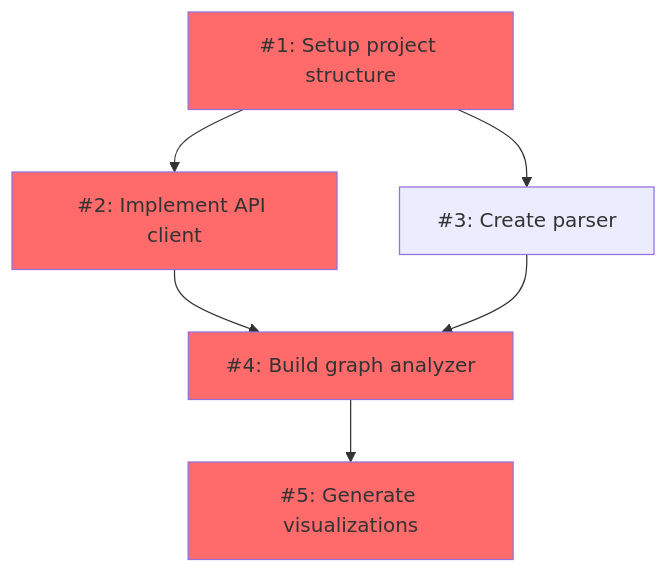
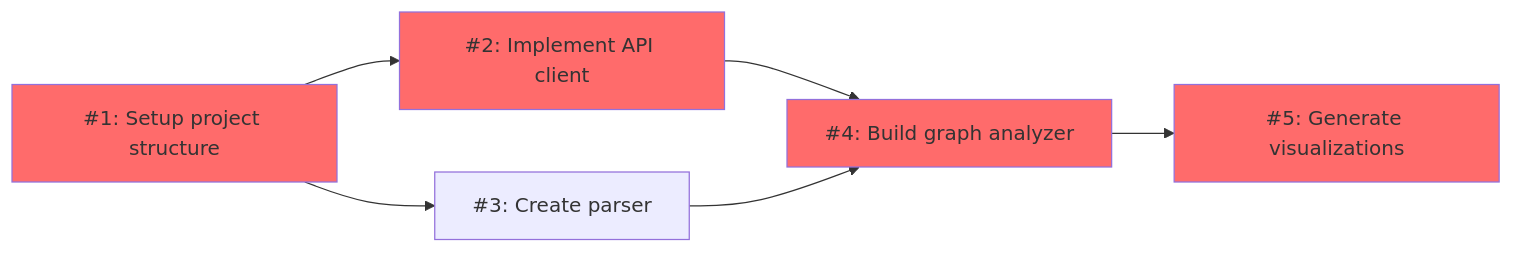
One commit to krhrtky/github-issue-visualizer changed the diagram in README.md. Above: the diagram before and after it, drawn with Mermaid. The commit also changed 3 other files, not shown here.

````diff
--- a/README.md
+++ b/README.md
@@ -242,13 +242,13 @@
 ```mermaid
-graph TD
+graph LR
     N1[#1: Setup project structure] --> N2[#2: Implement API client]
     N1 --> N3[#3: Create parser]
     N2 --> N4[#4: Build graph analyzer]
     N3 --> N4
     N4 --> N5[#5: Generate visualizations]
 
     style N1 fill:#ff6b6b
     style N2 fill:#ff6b6b
     style N4 fill:#ff6b6b
     style N5 fill:#ff6b6b
 ```
````
